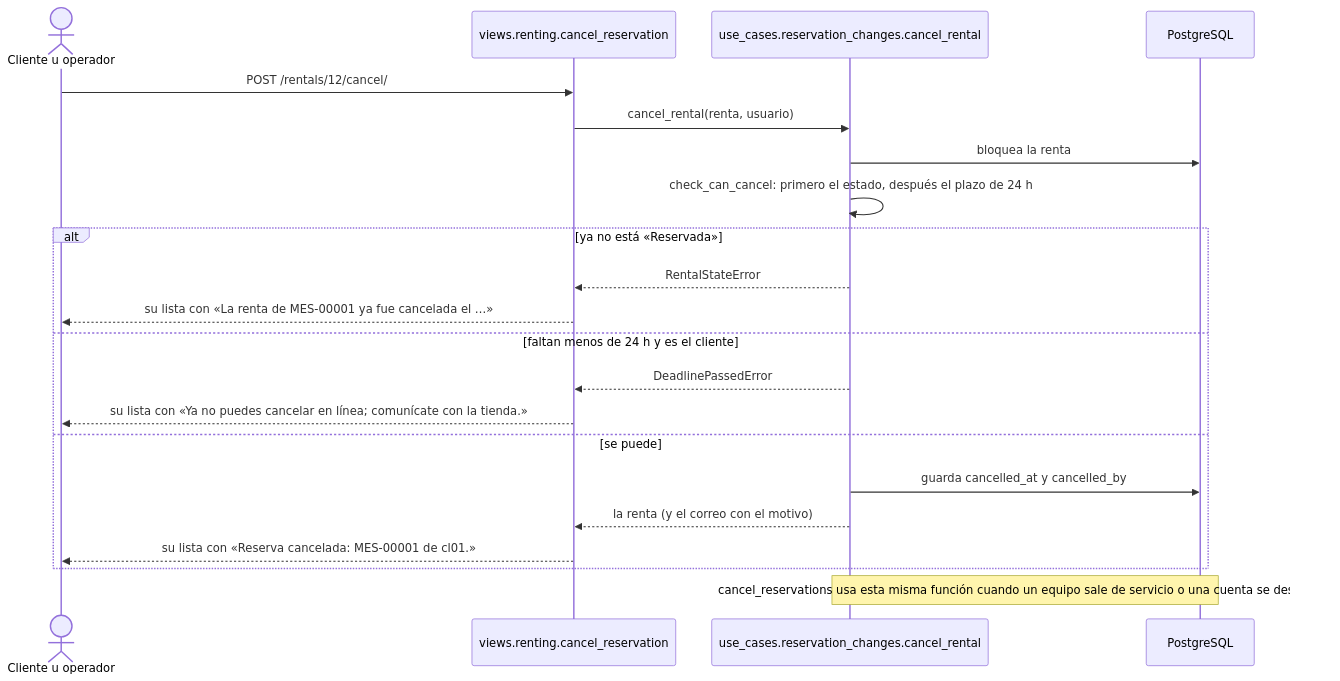
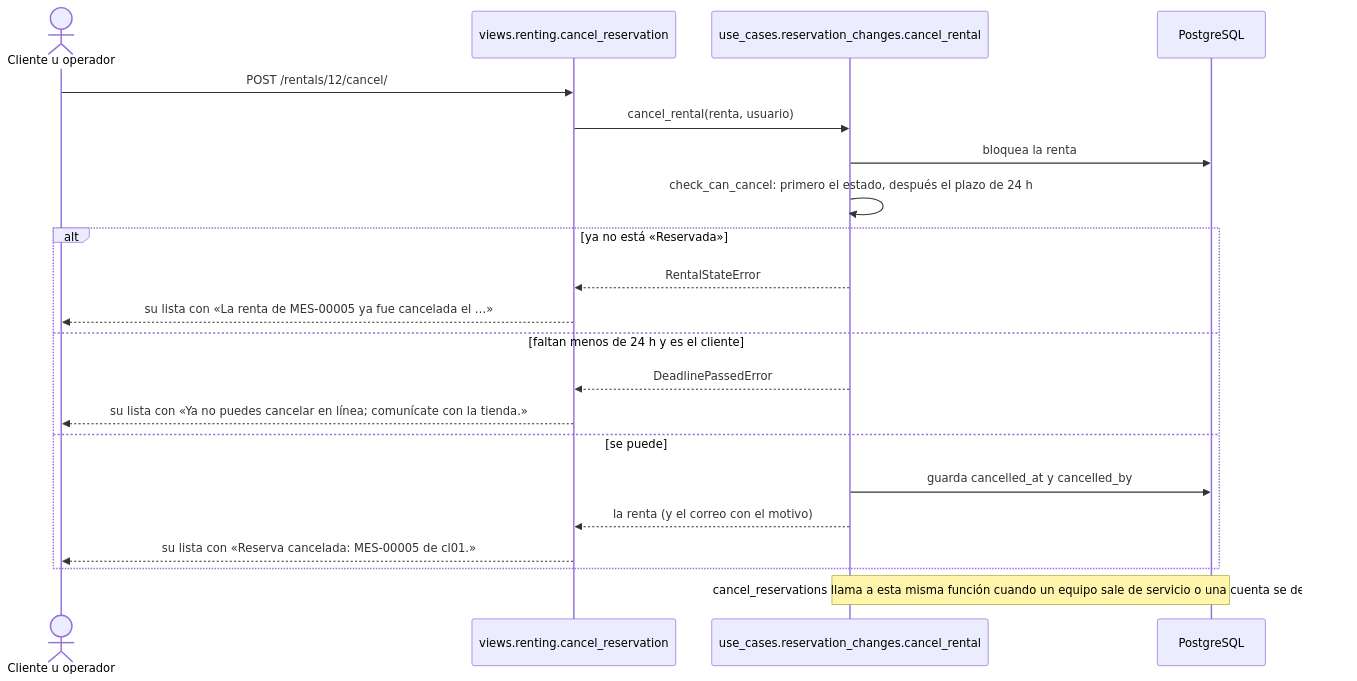
Before and after one commit to peterteranb/astra-rent-system: diagram 15 of 39 in docs/casos-de-uso.md, drawn with Mermaid. The commit also changed other lines of this file and 9 other files, not shown here.

````diff
--- a/docs/casos-de-uso.md
+++ b/docs/casos-de-uso.md
@@ -550,23 +682,23 @@
 ```mermaid
 sequenceDiagram
     actor C as Cliente u operador
     participant V as views.renting.cancel_reservation
     participant U as use_cases.reservation_changes.cancel_rental
     participant BD as PostgreSQL
     C->>V: POST /rentals/12/cancel/
     V->>U: cancel_rental(renta, usuario)
     U->>BD: bloquea la renta
     U->>U: check_can_cancel: primero el estado, después el plazo de 24 h
     alt ya no está «Reservada»
         U-->>V: RentalStateError
-        V-->>C: su lista con «La renta de MES-00001 ya fue cancelada el …»
+        V-->>C: su lista con «La renta de MES-00005 ya fue cancelada el …»
     else faltan menos de 24 h y es el cliente
         U-->>V: DeadlinePassedError
         V-->>C: su lista con «Ya no puedes cancelar en línea#59; comunícate con la tienda.»
     else se puede
         U->>BD: guarda cancelled_at y cancelled_by
         U-->>V: la renta (y el correo con el motivo)
-        V-->>C: su lista con «Reserva cancelada: MES-00001 de cl01.»
+        V-->>C: su lista con «Reserva cancelada: MES-00005 de cl01.»
     end
-    Note over U,BD: cancel_reservations usa esta misma función cuando un equipo sale de servicio o una cuenta se desactiva.
+    Note over U,BD: cancel_reservations llama a esta misma función cuando un equipo sale de servicio o una cuenta se desactiva.
 ```
````
